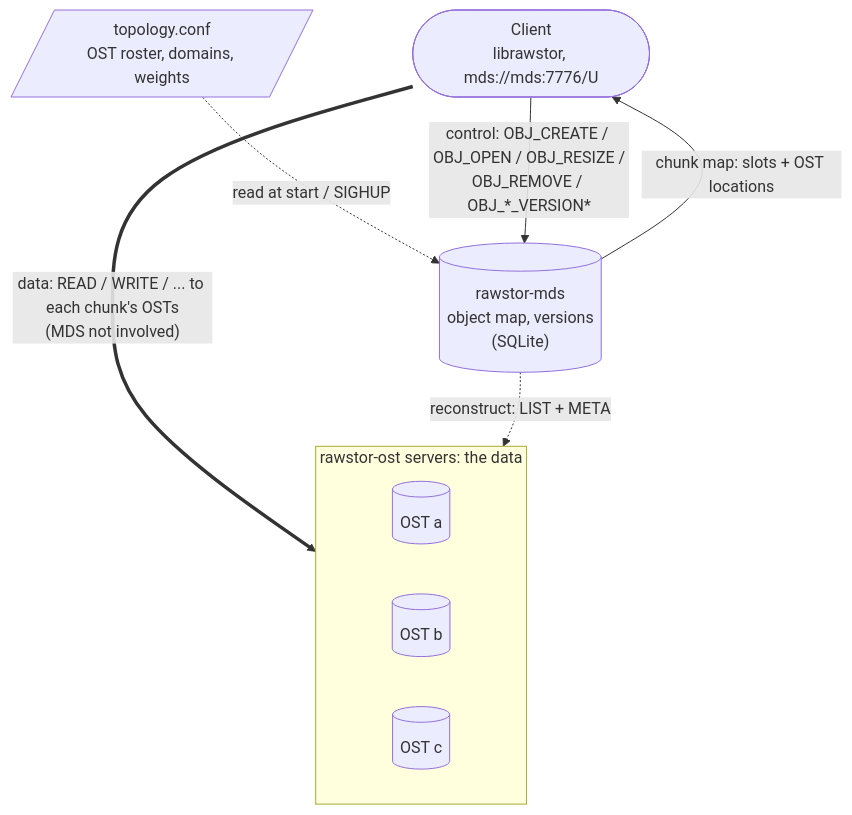
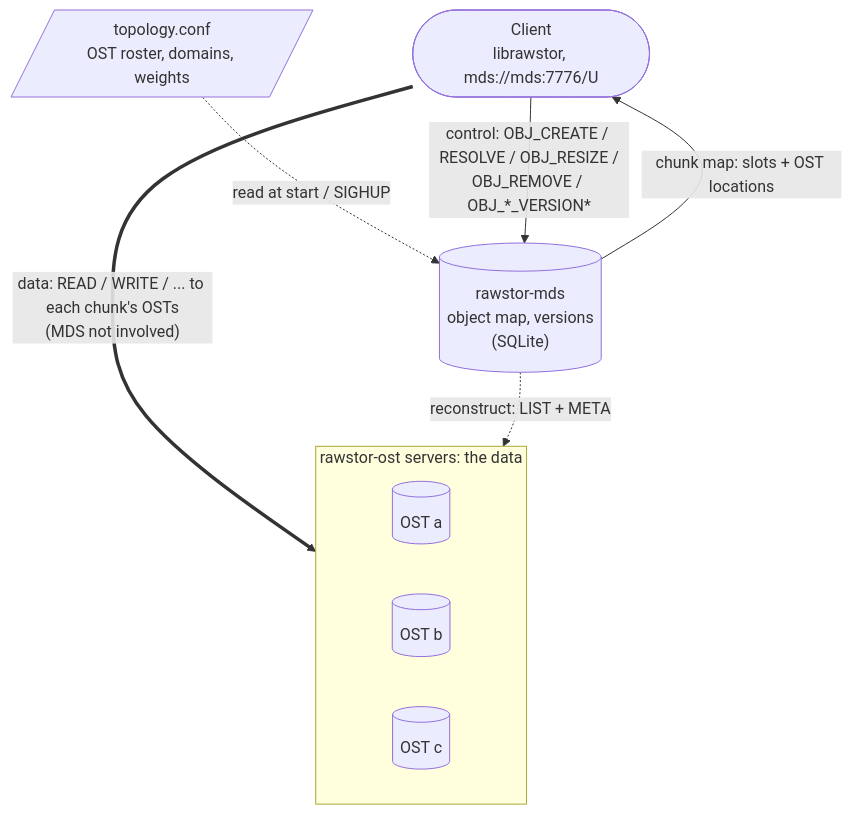
The first of 8 diagrams in docs/mds.md (rawstor/librawstor), drawn with Mermaid before and after one commit. The commit also changed other lines of this file and 8 other files, not shown here.

First line of the commit message:
ref(mds): rename OBJ_OPEN to RESOLVE, drop OBJ_LIST_VERSIONS

````diff
--- a/docs/mds.md
+++ b/docs/mds.md
@@ -58,18 +58,18 @@
 ```mermaid
 flowchart TB
     Client(["Client<br/>librawstor, mds://mds:7776/U"])
     MDS[("rawstor-mds<br/>object map, versions<br/>(SQLite)")]
     Topo[/"topology.conf<br/>OST roster, domains, weights"/]
     subgraph OSTs ["rawstor-ost servers: the data"]
         direction LR
         A[("OST a")]
         B[("OST b")]
         C[("OST c")]
     end
 
     Topo -. "read at start / SIGHUP" .-> MDS
-    Client -- "control: OBJ_CREATE / OBJ_OPEN / OBJ_RESIZE /<br/>OBJ_REMOVE / OBJ_*_VERSION*" --> MDS
+    Client -- "control: OBJ_CREATE / RESOLVE / OBJ_RESIZE /<br/>OBJ_REMOVE / OBJ_*_VERSION*" --> MDS
     MDS -- "chunk map: slots + OST locations" --> Client
     Client == "data: READ / WRITE / ... to each chunk's OSTs<br/>(MDS not involved)" ==> OSTs
     MDS -. "reconstruct: LIST + META" .-> OSTs
 ```
````
